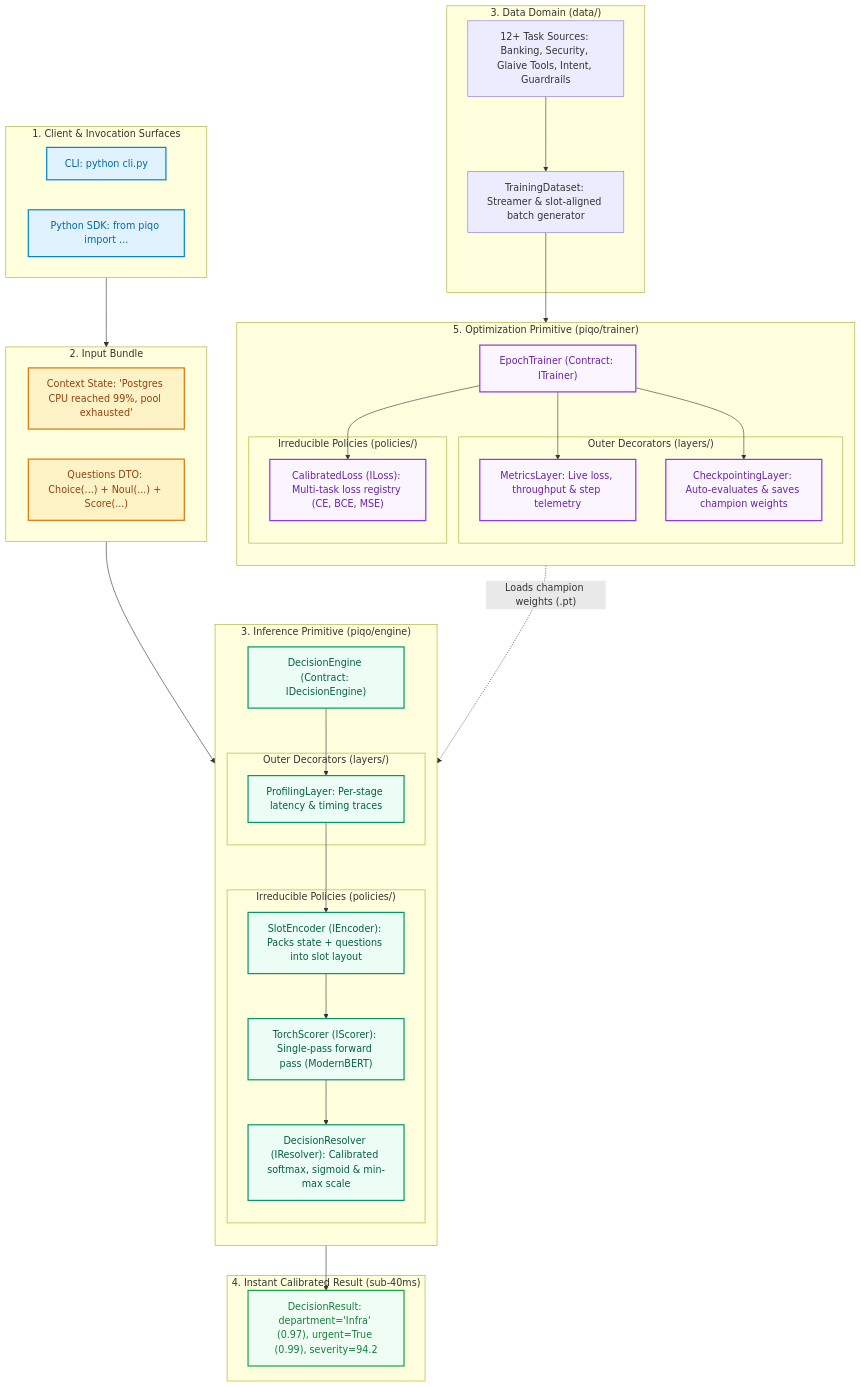
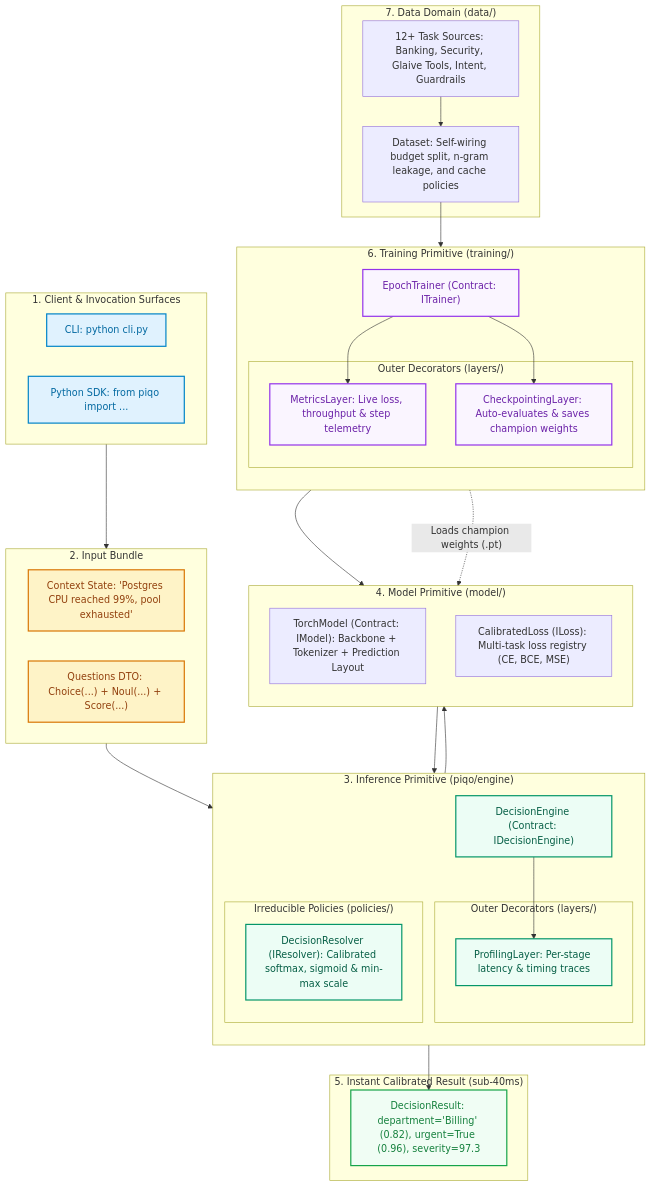
Before and after one commit to MrRazor22/NanoLLM: the diagram in README.md, drawn with Mermaid. The commit also changed other lines of this file and 16 other files, not shown here.

````diff
--- a/README.md
+++ b/README.md
@@ -9,81 +9,81 @@
 ```mermaid
 flowchart TD
     classDef client fill:#e0f2fe,stroke:#0284c7,stroke-width:2px,color:#0369a1;
     classDef input fill:#fef3c7,stroke:#d97706,stroke-width:2px,color:#92400e;
     classDef engine fill:#ecfdf5,stroke:#059669,stroke-width:2px,color:#065f46;
     classDef output fill:#f0fdf4,stroke:#16a34a,stroke-width:2px,color:#15803d;
     classDef trainer fill:#faf5ff,stroke:#9333ea,stroke-width:2px,color:#6b21a8;
     classDef curriculum fill:#fff1f2,stroke:#e11d48,stroke-width:2px,color:#9f1239;
 
     subgraph Client ["1. Client & Invocation Surfaces"]
         CLI["CLI: python cli.py"]
         SDK["Python SDK: from piqo import ..."]
     end
 
     subgraph Inputs ["2. Input Bundle"]
         CTX["Context State: 'Postgres CPU reached 99%, pool exhausted'"]
         QS["Questions DTO: Choice(...) + Noul(...) + Score(...)"]
     end
 
     subgraph InferencePrimitive ["3. Inference Primitive (piqo/engine)"]
         direction TB
         DE["DecisionEngine (Contract: IDecisionEngine)"]
 
         subgraph InfLayers ["Outer Decorators (layers/)"]
             PROF["ProfilingLayer: Per-stage latency & timing traces"]
         end
 
         subgraph InfPolicies ["Irreducible Policies (policies/)"]
-            ENC["SlotEncoder (IEncoder): Packs state + questions into slot layout"]
-            SCORER["TorchScorer (IScorer): Single-pass forward pass (ModernBERT)"]
             RES["DecisionResolver (IResolver): Calibrated softmax, sigmoid & min-max scale"]
         end
     end
 
-    subgraph Outputs ["4. Instant Calibrated Result (sub-40ms)"]
-        RES_OUT["DecisionResult: department='Infra' (0.97), urgent=True (0.99), severity=94.2"]
+    subgraph ModelPrimitive ["4. Model Primitive (model/)"]
+        direction TB
+        MODEL["TorchModel (Contract: IModel): Backbone + Tokenizer + Prediction Layout"]
+        LOSS["CalibratedLoss (ILoss): Multi-task loss registry (CE, BCE, MSE)"]
     end
 
-    subgraph TrainingPrimitive ["5. Optimization Primitive (piqo/trainer)"]
+    subgraph Outputs ["5. Instant Calibrated Result (sub-40ms)"]
+        RES_OUT["DecisionResult: department='Billing' (0.82), urgent=True (0.96), severity=97.3"]
+    end
+
+    subgraph TrainingPrimitive ["6. Training Primitive (training/)"]
         direction TB
         ET["EpochTrainer (Contract: ITrainer)"]
 
         subgraph TrainLayers ["Outer Decorators (layers/)"]
             METRICS["MetricsLayer: Live loss, throughput & step telemetry"]
             CKPT["CheckpointingLayer: Auto-evaluates & saves champion weights"]
         end
-
-        subgraph TrainPolicies ["Irreducible Policies (policies/)"]
-            LOSS["CalibratedLoss (ILoss): Multi-task loss registry (CE, BCE, MSE)"]
-        end
     end
 
-    subgraph DataEngine ["3. Data Domain (data/)"]
+    subgraph DataEngine ["7. Data Domain (data/)"]
         SOURCES["12+ Task Sources: Banking, Security, Glaive Tools, Intent, Guardrails"]
-        TDS["TrainingDataset: Streamer & slot-aligned batch generator"]
+        TDS["Dataset: Self-wiring budget split, n-gram leakage, and cache policies"]
     end
 
     %% Inference Flow
     Client --> Inputs
     Inputs --> DE
     DE --> PROF
-    PROF --> ENC
-    ENC --> SCORER
-    SCORER --> RES
+    PROF --> MODEL
+    MODEL --> RES
     RES --> RES_OUT
 
     %% Training Flow
     SOURCES --> TDS
     TDS --> ET
-    ET --> LOSS
+    ET --> MODEL
     ET --> METRICS
     ET --> CKPT
-    CKPT -. "Loads champion weights (.pt)" .-> SCORER
+    CKPT -. "Loads champion weights (.pt)" .-> MODEL
 
     class CLI,SDK client;
     class CTX,QS input;
-    class DE,PROF,ENC,SCORER,RES engine;
+    class DE,PROF,RES engine;
+    class MODEL,LOSS model;
     class RES_OUT output;
-    class ET,LOSS,METRICS,CKPT trainer;
+    class ET,METRICS,CKPT trainer;
     class SOURCES,TDS data;
 ```
````
